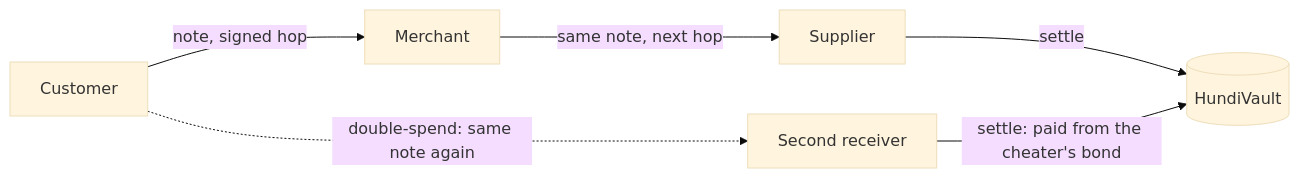
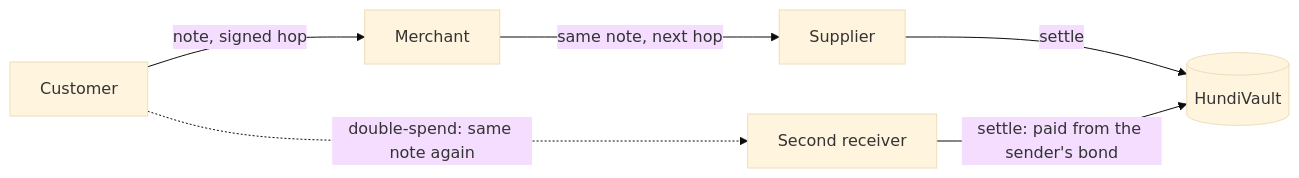
The diagram in docs/HOW-IT-WORKS.md (ratik21/hundi), drawn with Mermaid (base theme) before and after one commit. The commit also changed other lines of this file and 4 other files, not shown here.

````diff
--- a/docs/HOW-IT-WORKS.md
+++ b/docs/HOW-IT-WORKS.md
@@ -16,8 +16,8 @@
 ```mermaid
 flowchart LR
   C[Customer] -- "note, signed hop" --> S[Merchant]
   S -- "same note, next hop" --> P[Supplier]
   P -- settle --> V[(HundiVault)]
   C -. "double-spend: same note again" .-> S2[Second receiver]
-  S2 -- "settle: paid from the cheater's bond" --> V
+  S2 -- "settle: paid from the sender's bond" --> V
 ```
````
